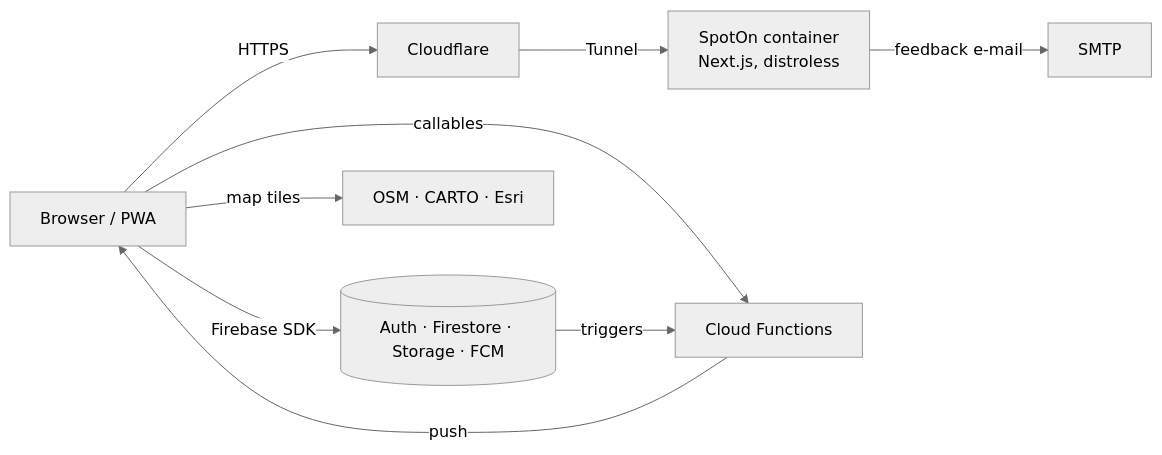
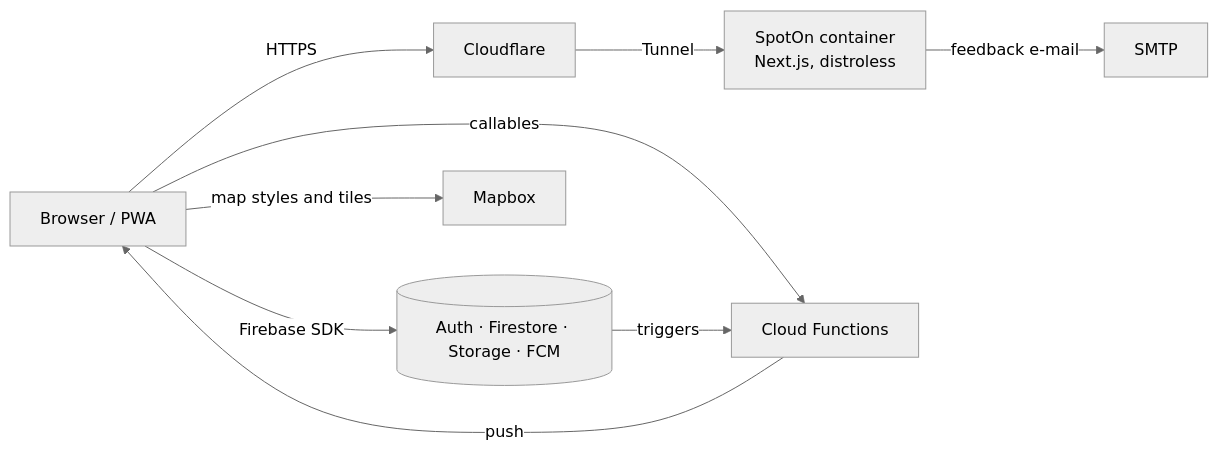
One commit to isolapaul/SpotOn changed the diagram in README.md. Above: the diagram before and after it, drawn with Mermaid (neutral theme). The commit also changed other lines of this file and 29 other files, not shown here.

First line of the commit message:
Map: Mapbox GL JS instead of Leaflet

````diff
--- a/README.md
+++ b/README.md
@@ -40,11 +40,11 @@
 ```mermaid
 flowchart LR
   U[Browser / PWA] -->|HTTPS| CF[Cloudflare]
   CF -->|Tunnel| APP[SpotOn container<br/>Next.js, distroless]
   U -->|Firebase SDK| FB[(Auth · Firestore · Storage · FCM)]
   U -->|callables| FN[Cloud Functions]
   FB -->|triggers| FN
   FN -->|push| U
   APP -->|feedback e-mail| MAIL[SMTP]
-  U -->|map tiles| T[OSM · CARTO · Esri]
+  U -->|map styles and tiles| T[Mapbox]
 ```
````
